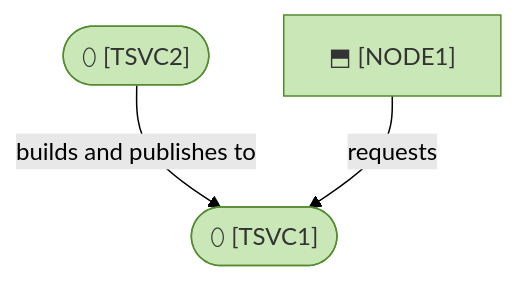
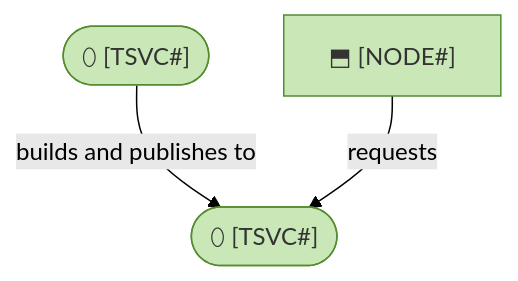
One commit to roanboc/archreator changed the diagram in plugins/archreator/assets/layers/5_technology/README.md. Above: the diagram before and after it, drawn with Mermaid (forest theme). The commit also changed other lines of this file and 68 other files, not shown here.

````diff
--- a/plugins/archreator/assets/layers/5_technology/README.md
+++ b/plugins/archreator/assets/layers/5_technology/README.md
@@ -31,11 +30,11 @@
 ```mermaid
 flowchart TB
-  runtime["⬒ <Where it runs> [NODE1]"]:::technology
-  hosting(["⬯ <Hosting/platform> [TSVC1]"]):::technology
-  ci(["⬯ <CI/CD> [TSVC2]"]):::technology
+  runtime["⬒ <Where it runs> [NODE#]"]:::technology
+  hosting(["⬯ <Hosting/platform> [TSVC#]"]):::technology
+  ci(["⬯ <CI/CD> [TSVC#]"]):::technology
 
   ci -->|builds and publishes to| hosting
   runtime -->|requests| hosting
 
   classDef technology fill:#c9e7b7,stroke:#558b2f,color:#333
 ```
````
